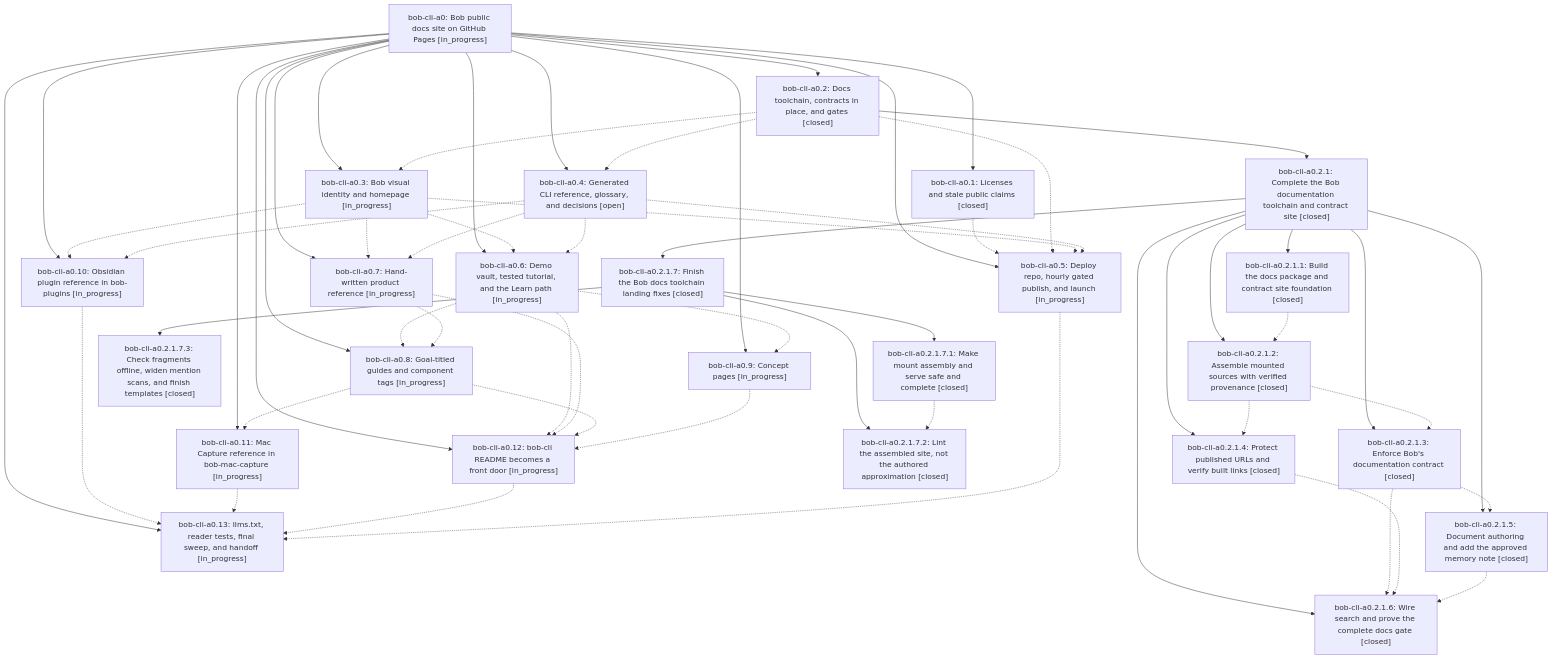
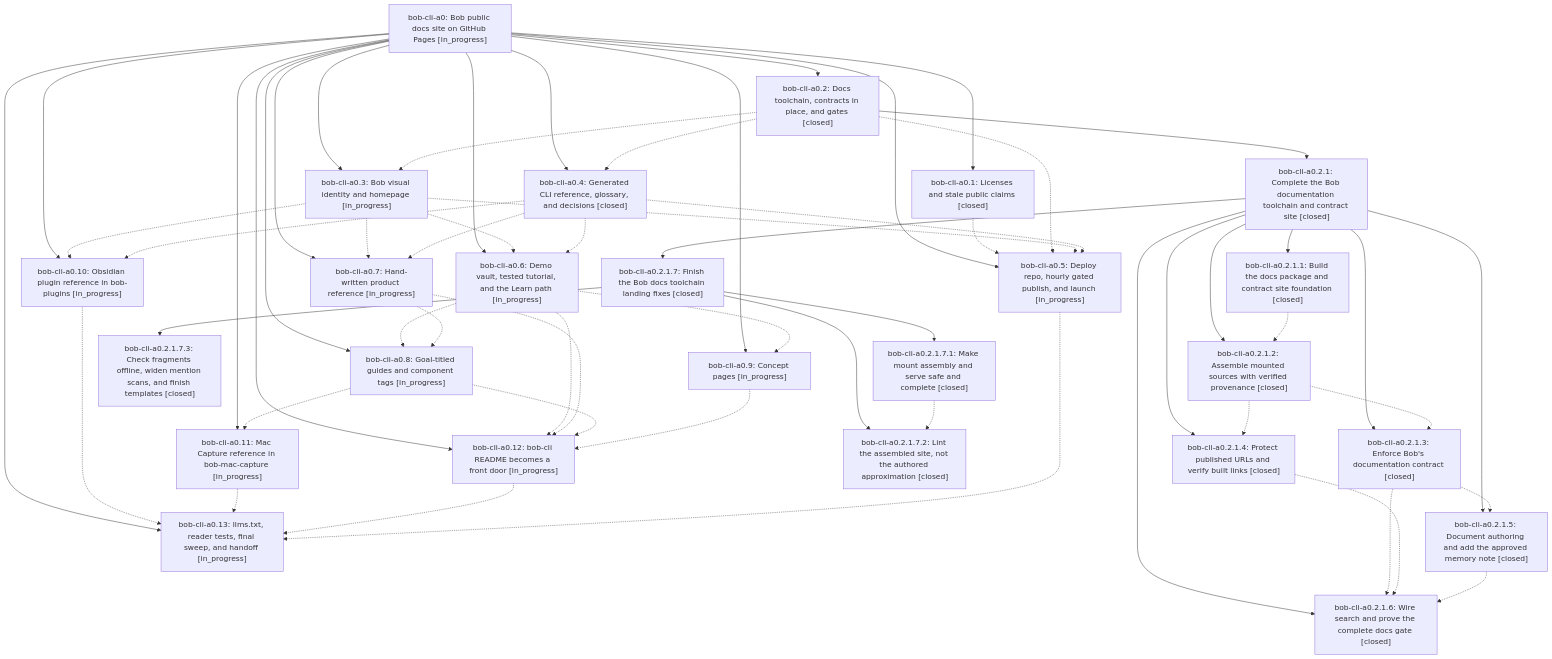
Before and after one commit to bobs-org/bob-cli--beads: the diagram in pages/bob-cli-a0/README.md, drawn with Mermaid. The commit also changed other lines of this file and 8 other files, not shown here.

First line of the commit message:
chore(beads): sync bead state and pages for bob-cli-a0

```diff
--- a/pages/bob-cli-a0/README.md
+++ b/pages/bob-cli-a0/README.md
@@ -70,7 +70,7 @@
     n16["bob-cli-a0.2.1.7.2: Lint the assembled site, not the authored approximation [closed]"]
     n17["bob-cli-a0.2.1.7.3: Check fragments offline, widen mention scans, and finish templates [closed]"]
     n18["bob-cli-a0.3: Bob visual identity and homepage [in_progress]"]
-    n19["bob-cli-a0.4: Generated CLI reference, glossary, and decisions [open]"]
+    n19["bob-cli-a0.4: Generated CLI reference, glossary, and decisions [closed]"]
     n20["bob-cli-a0.5: Deploy repo, hourly gated publish, and launch [in_progress]"]
     n21["bob-cli-a0.6: Demo vault, tested tutorial, and the Learn path [in_progress]"]
     n22["bob-cli-a0.7: Hand-written product reference [in_progress]"]
```
